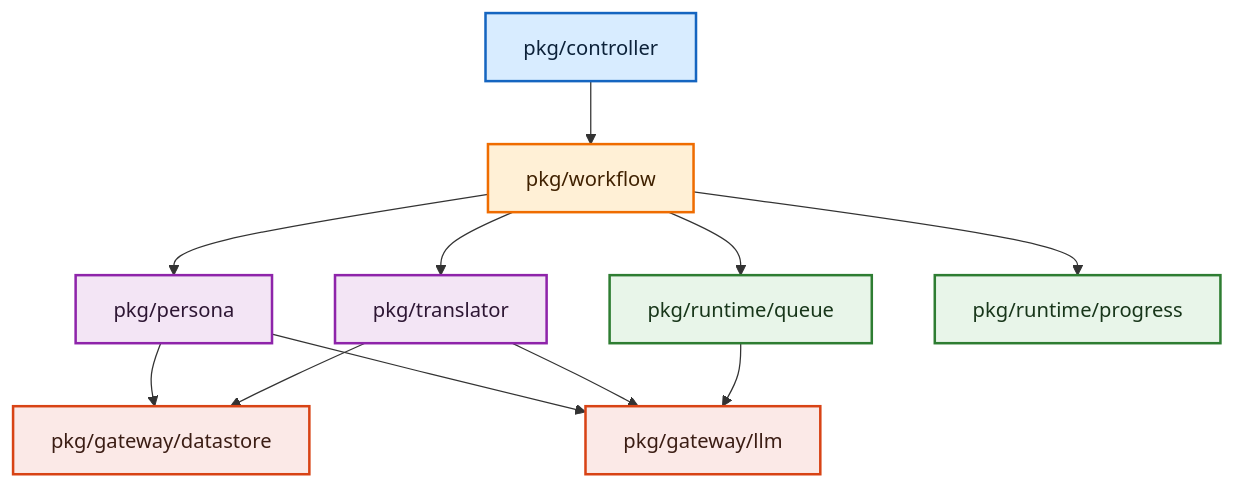
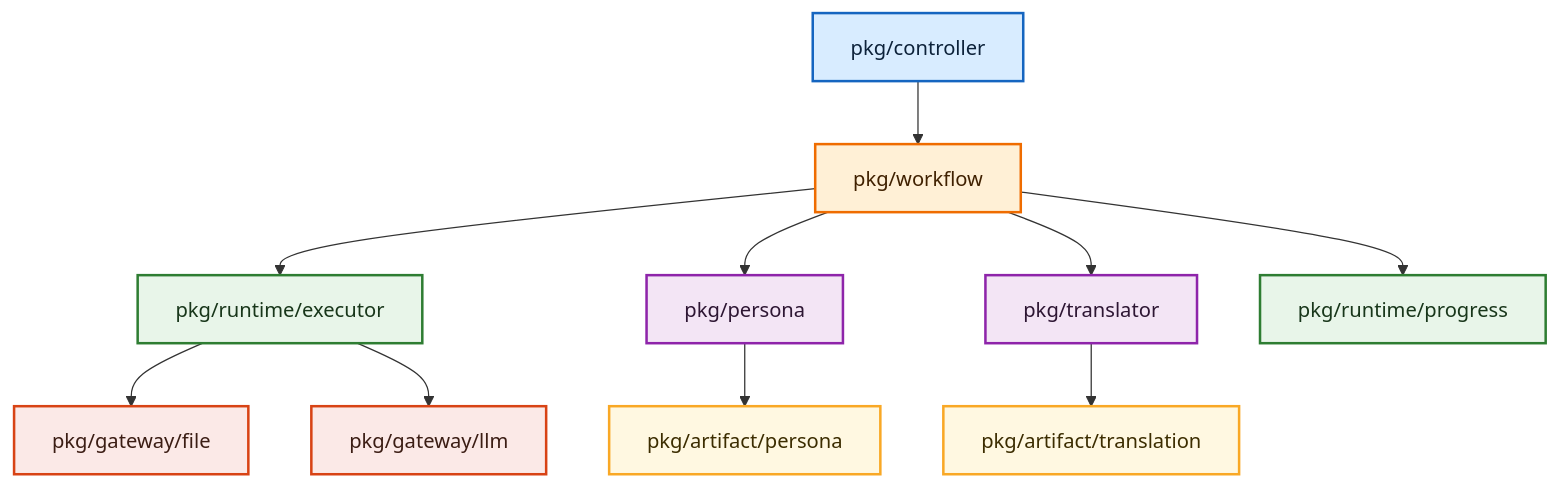
One commit to ishibata91/ai-translation-engine-2 changed the diagram in openspec/specs/architecture.md. Above: the diagram before and after it, drawn with Mermaid. The commit also changed other lines of this file and 53 other files, not shown here.

````diff
--- a/openspec/specs/architecture.md
+++ b/openspec/specs/architecture.md
@@ -76,28 +94,30 @@
 ```mermaid
 graph TD
     classDef controller fill:#d8ecff,stroke:#1565c0,stroke-width:2px,color:#0d223a;
     classDef workflow fill:#fff0d6,stroke:#ef6c00,stroke-width:2px,color:#402100;
     classDef slice fill:#f3e5f5,stroke:#8e24aa,stroke-width:2px,color:#2d1633;
     classDef runtime fill:#e8f5e9,stroke:#2e7d32,stroke-width:2px,color:#18361a;
+    classDef artifact fill:#fff8e1,stroke:#f9a825,stroke-width:2px,color:#3c2d00;
     classDef gateway fill:#fbe9e7,stroke:#d84315,stroke-width:2px,color:#3b1d14;
 
     C["pkg/controller"]:::controller
     W["pkg/workflow"]:::workflow
     S1["pkg/persona"]:::slice
     S2["pkg/translator"]:::slice
-    R1["pkg/runtime/queue"]:::runtime
+    R1["pkg/runtime/executor"]:::runtime
     R2["pkg/runtime/progress"]:::runtime
-    G1["pkg/gateway/datastore"]:::gateway
+    A1["pkg/artifact/persona"]:::artifact
+    A2["pkg/artifact/translation"]:::artifact
+    G1["pkg/gateway/file"]:::gateway
     G2["pkg/gateway/llm"]:::gateway
 
     C --> W
+    W --> R1
+    W --> R2
     W --> S1
     W --> S2
-    W --> R1
-    W --> R2
-    S1 --> G1
-    S1 --> G2
-    S2 --> G1
-    S2 --> G2
+    S1 --> A1
+    S2 --> A2
+    R1 --> G1
     R1 --> G2
 ```
````
